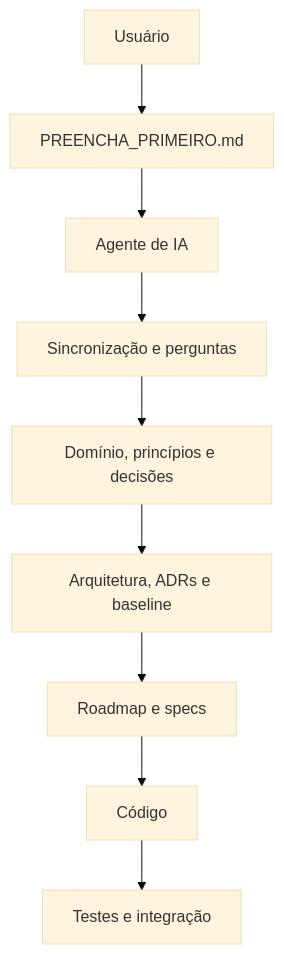
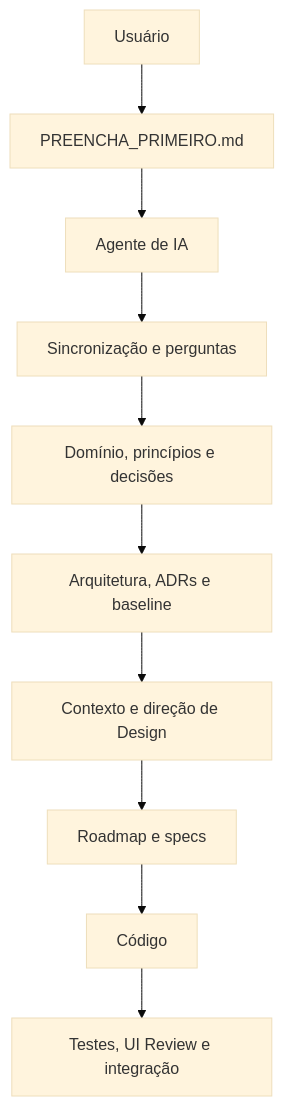
The diagram in README.md (Rogeriocsantana/Project-Starter-Kit), drawn with Mermaid (base theme) before and after one commit. The commit also changed other lines of this file and 31 other files, not shown here.

````diff
--- a/README.md
+++ b/README.md
@@ -22,11 +22,12 @@
 ```mermaid
 flowchart TD
     U[Usuário] --> P[PREENCHA_PRIMEIRO.md]
     P --> I[Agente de IA]
     I --> S[Sincronização e perguntas]
     S --> D[Domínio, princípios e decisões]
     D --> A[Arquitetura, ADRs e baseline]
-    A --> R[Roadmap e specs]
+    A --> V[Contexto e direção de Design]
+    V --> R[Roadmap e specs]
     R --> C[Código]
-    C --> T[Testes e integração]
+    C --> T[Testes, UI Review e integração]
 ```
````
